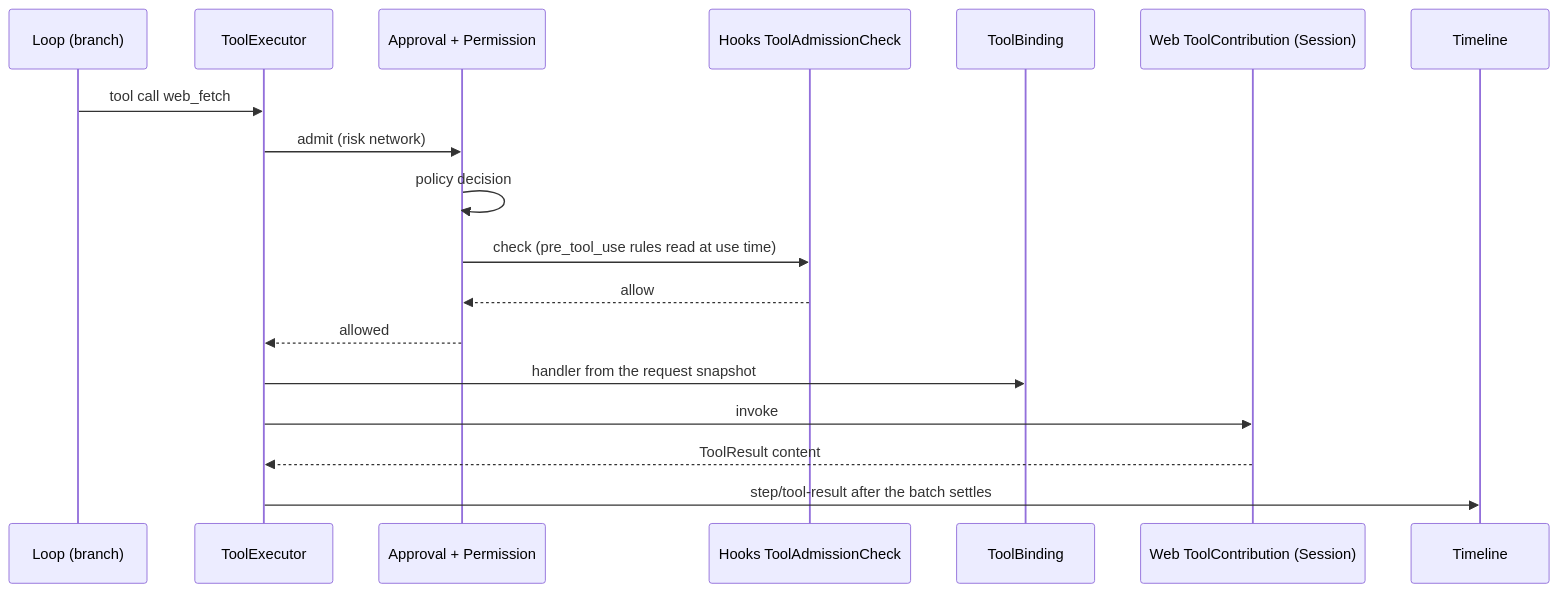
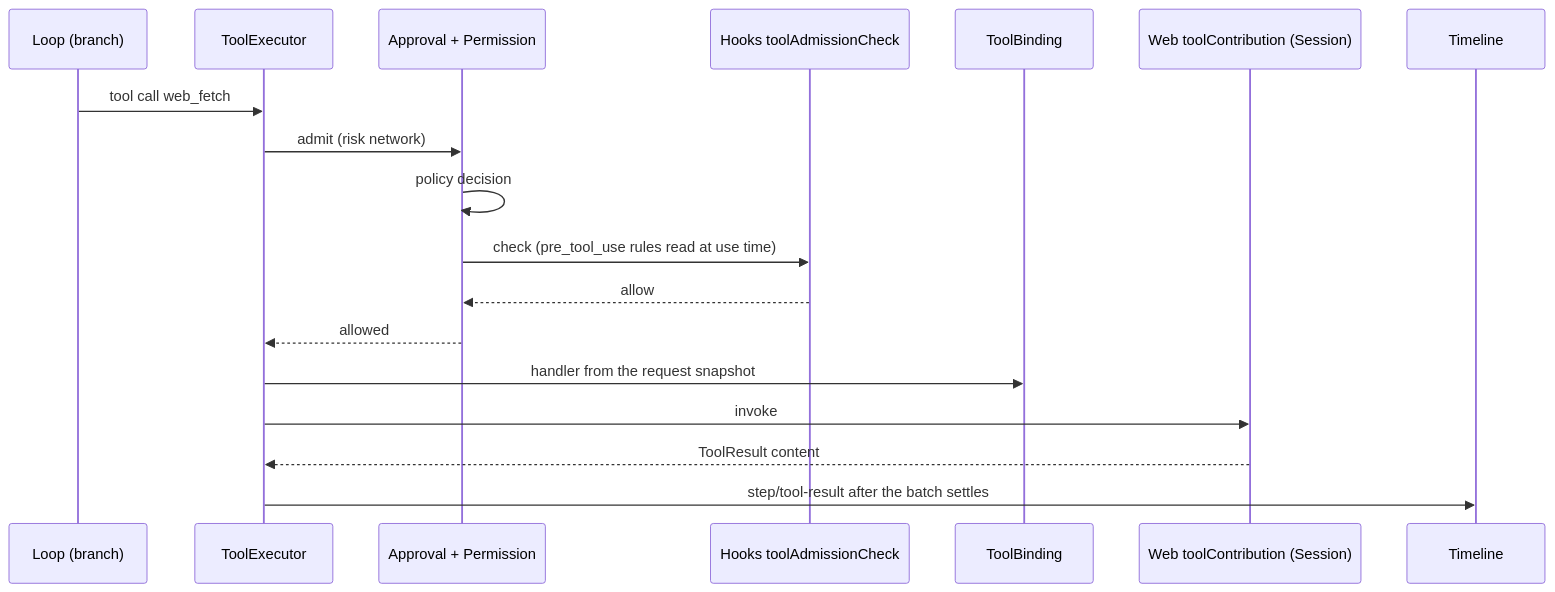
Before and after one commit to CoutinhoTTS/dim-agent: the third of 8 diagrams in docs/design/overview.md, drawn with Mermaid. The commit also changed other lines of this file and 3 other files, not shown here.

````diff
--- a/docs/design/overview.md
+++ b/docs/design/overview.md
@@ -168,20 +187,20 @@
 ```mermaid
 sequenceDiagram
   participant LP as Loop (branch)
   participant TE as ToolExecutor
   participant AP as Approval + Permission
-  participant HK as Hooks ToolAdmissionCheck
+  participant HK as Hooks toolAdmissionCheck
   participant TB as ToolBinding
-  participant W as Web ToolContribution (Session)
+  participant W as Web toolContribution (Session)
   participant TL as Timeline
   LP->>TE: tool call web_fetch
   TE->>AP: admit (risk network)
   AP->>AP: policy decision
   AP->>HK: check (pre_tool_use rules read at use time)
   HK-->>AP: allow
   AP-->>TE: allowed
   TE->>TB: handler from the request snapshot
   TE->>W: invoke
   W-->>TE: ToolResult content
   TE->>TL: step/tool-result after the batch settles
 ```
````
